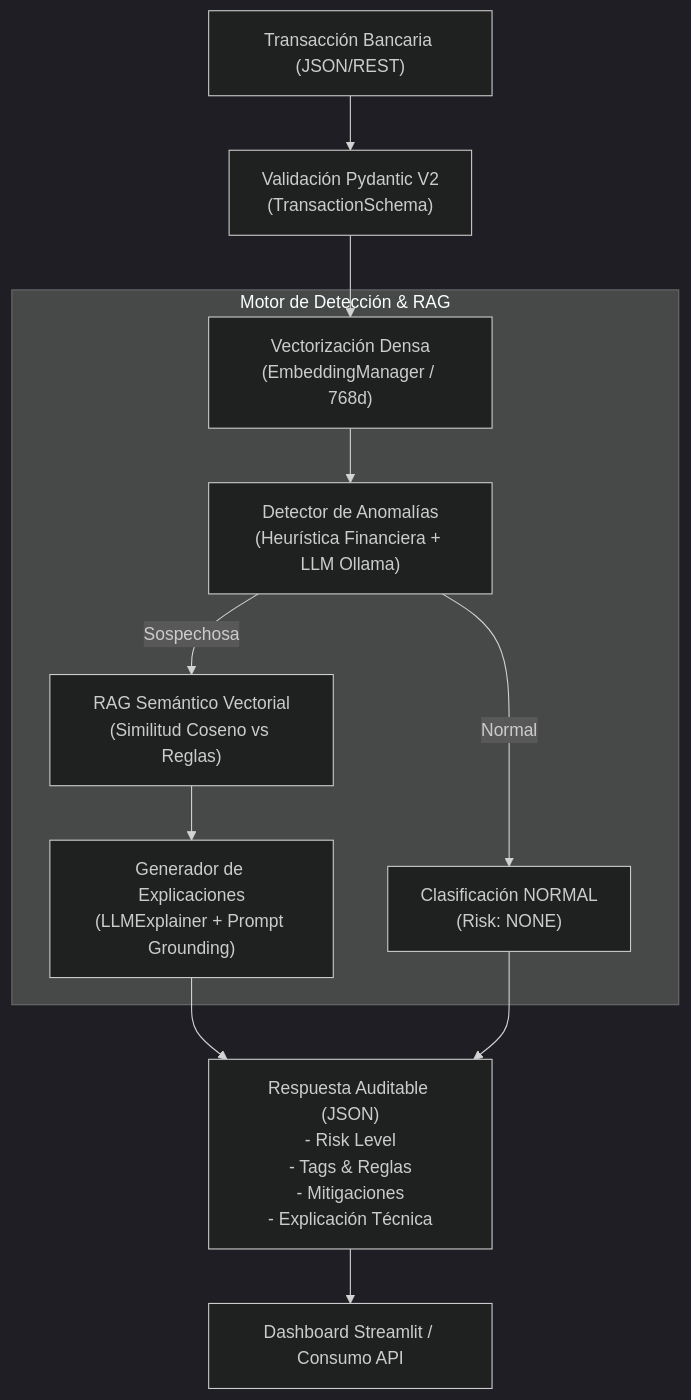
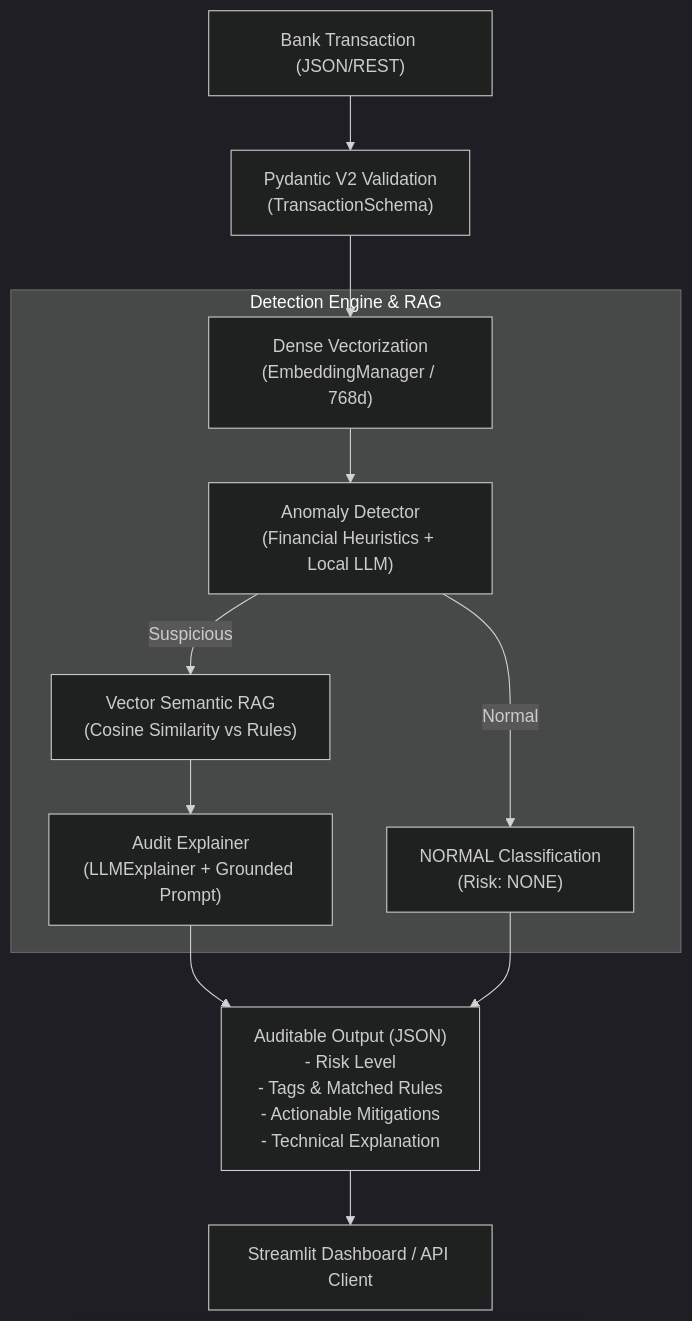
Before and after one commit to raelcorrales/intelligent-fraud-detection-system-rag: the diagram in README.md, drawn with Mermaid (dark theme). The commit also changed other lines of this file and 16 other files, not shown here.

````diff
--- a/README.md
+++ b/README.md
@@ -19,16 +19,16 @@
 ```mermaid
 flowchart TD
-    TX["Transacción Bancaria (JSON/REST)"] --> VAL["Validación Pydantic V2\n(TransactionSchema)"]
-    VAL --> EMB["Vectorización Densa\n(EmbeddingManager / 768d)"]
+    TX["Bank Transaction (JSON/REST)"] --> VAL["Pydantic V2 Validation\n(TransactionSchema)"]
+    VAL --> EMB["Dense Vectorization\n(EmbeddingManager / 768d)"]
     
-    subgraph Core["Motor de Detección & RAG"]
-        EMB --> DET["Detector de Anomalías\n(Heurística Financiera + LLM Ollama)"]
-        DET -->|Sospechosa| RAG["RAG Semántico Vectorial\n(Similitud Coseno vs Reglas)"]
-        DET -->|Normal| NORM["Clasificación NORMAL\n(Risk: NONE)"]
-        RAG --> EXP["Generador de Explicaciones\n(LLMExplainer + Prompt Grounding)"]
+    subgraph Core["Detection Engine & RAG"]
+        EMB --> DET["Anomaly Detector\n(Financial Heuristics + Local LLM)"]
+        DET -->|Suspicious| RAG["Vector Semantic RAG\n(Cosine Similarity vs Rules)"]
+        DET -->|Normal| NORM["NORMAL Classification\n(Risk: NONE)"]
+        RAG --> EXP["Audit Explainer\n(LLMExplainer + Grounded Prompt)"]
     end
 
-    EXP --> RES["Respuesta Auditable (JSON)\n- Risk Level\n- Tags & Reglas\n- Mitigaciones\n- Explicación Técnica"]
+    EXP --> RES["Auditable Output (JSON)\n- Risk Level\n- Tags & Matched Rules\n- Actionable Mitigations\n- Technical Explanation"]
     NORM --> RES
-    RES --> UI["Dashboard Streamlit / Consumo API"]
+    RES --> UI["Streamlit Dashboard / API Client"]
 ```
````
